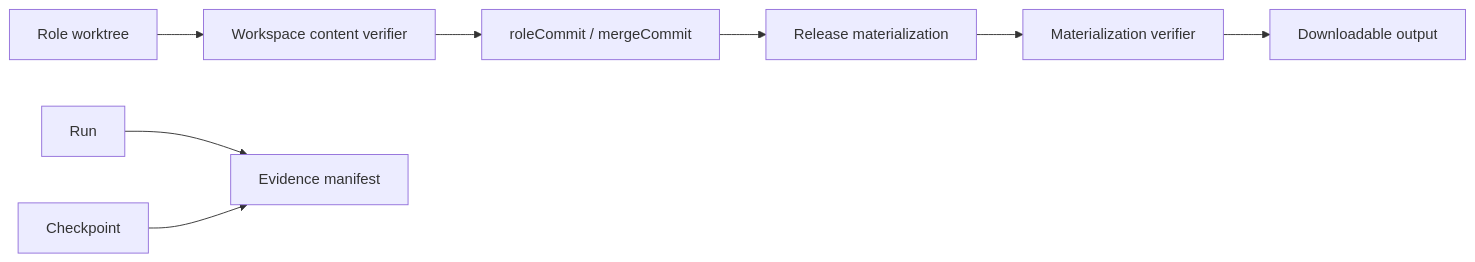
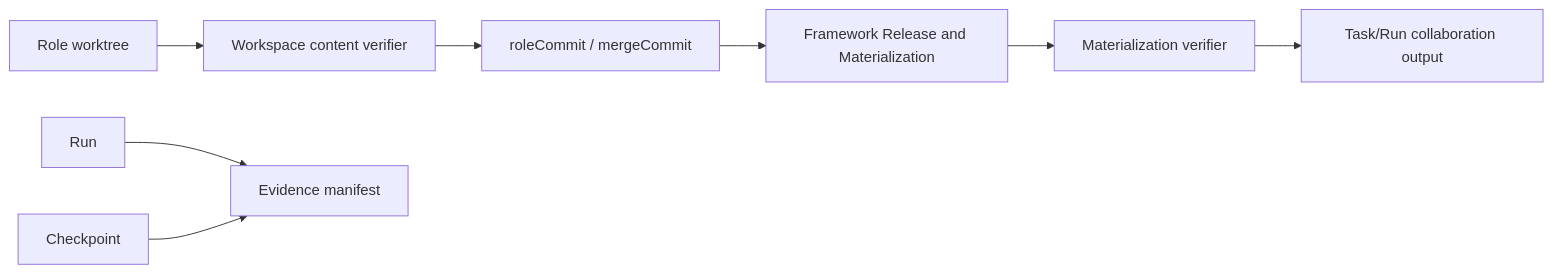
Before and after one commit to Fredericzhou/ogsystem: the second of 3 diagrams in docs/development/v2-workspace-collaboration-design-and-acceptance.md, drawn with Mermaid. The commit also changed other lines of this file and 123 other files, not shown here.

````diff
--- a/docs/development/v2-workspace-collaboration-design-and-acceptance.md
+++ b/docs/development/v2-workspace-collaboration-design-and-acceptance.md
@@ -259,10 +289,10 @@
 ```mermaid
 flowchart LR
     WT[Role worktree] --> WCV[Workspace content verifier]
     WCV --> RC[roleCommit / mergeCommit]
-    RC --> RM[Release materialization]
+    RC --> RM[Framework Release and Materialization]
     RM --> RMV[Materialization verifier]
-    RMV --> OUT[Downloadable output]
+    RMV --> OUT[Task/Run collaboration output]
     RUN[Run] --> EV[Evidence manifest]
     CP[Checkpoint] --> EV
 ```
````
